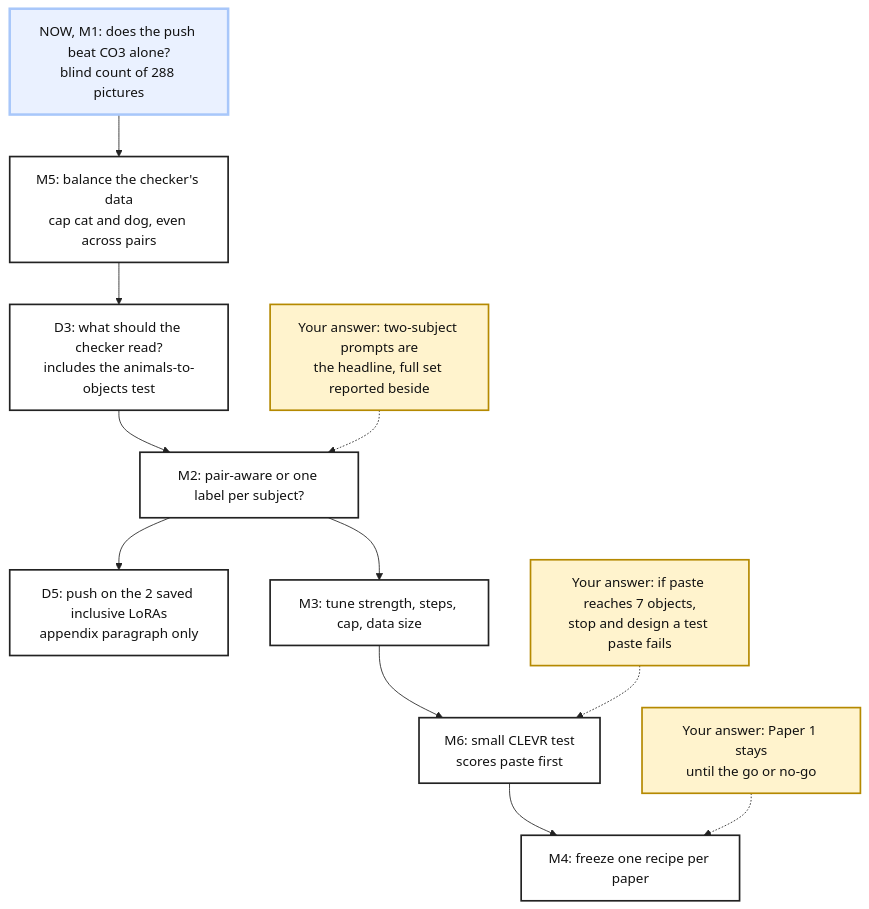
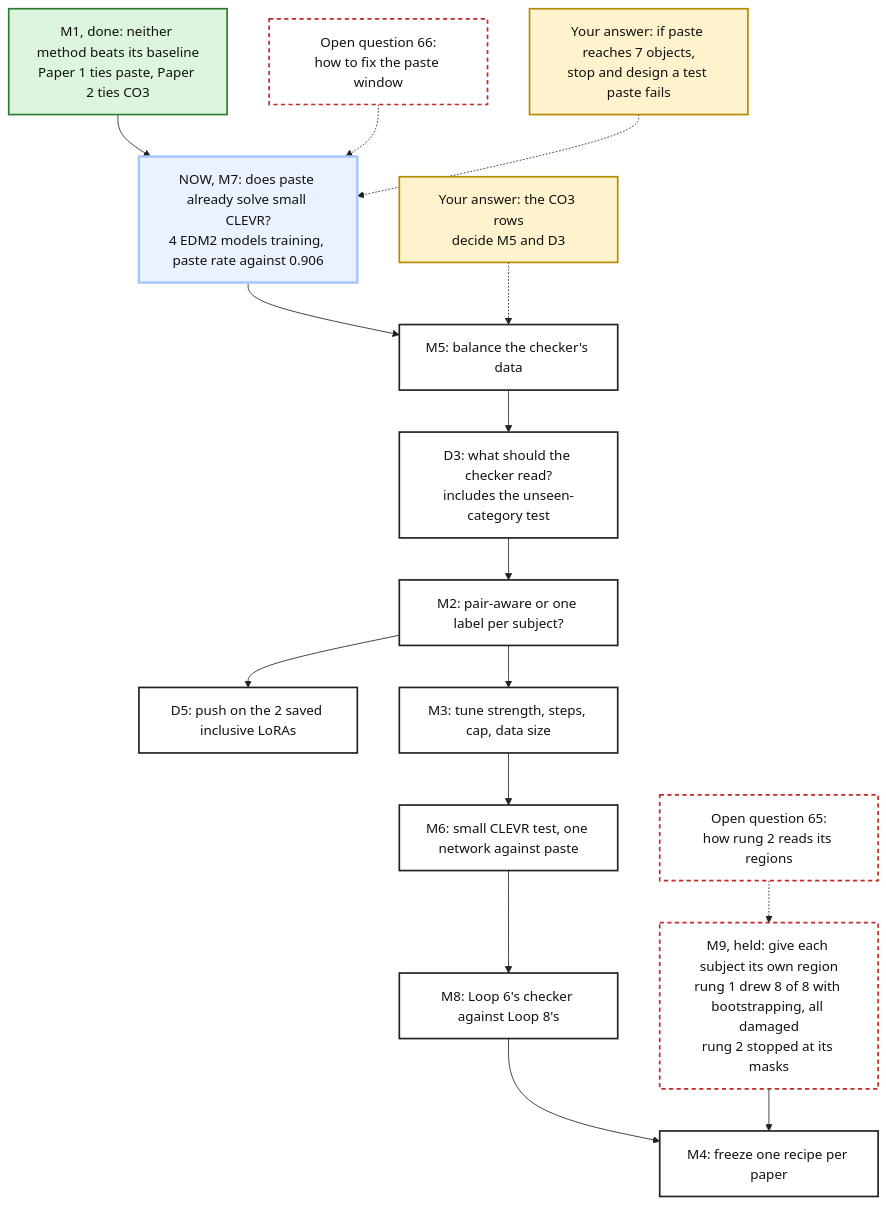
One commit to mo-rsa24/concept-composition changed the diagram in artifacts/notes/progress/method-search/loop-6-route.mmd. Above: the diagram before and after it, drawn with Mermaid. The commit also changed 3 other files, not shown here.

Commit message:
Loop 6 route: M1 done, M7 current, M8 and M9 drawn with the two open questions

```diff
--- a/artifacts/notes/progress/method-search/loop-6-route.mmd
+++ b/artifacts/notes/progress/method-search/loop-6-route.mmd
@@ -1,28 +1,38 @@
 %%{init: {'theme': 'base', 'themeVariables': {'fontFamily': 'monospace', 'primaryColor': '#ffffff', 'primaryBorderColor': '#222222', 'primaryTextColor': '#111111', 'lineColor': '#222222'}}}%%
 flowchart TB
   classDef plain fill:#ffffff,stroke:#222222,stroke-width:2px,color:#111111
+  classDef done fill:#dcf5dc,stroke:#2e7d32,stroke-width:2px,color:#111111
   classDef now fill:#eaf1ff,stroke:#a8c7fa,stroke-width:3px,color:#111111
+  classDef held fill:#ffffff,stroke:#c62828,stroke-width:2px,stroke-dasharray:5 4,color:#111111
   classDef settled fill:#fff3cd,stroke:#b58900,stroke-width:2px,color:#111111
 
-  M1["NOW, M1: does the push beat CO3 alone?<br/>blind count of 288 pictures"]
-  M5["M5: balance the checker's data<br/>cap cat and dog, even across pairs"]
-  D3["D3: what should the checker read?<br/>includes the animals-to-objects test"]
+  M1["M1, done: neither method beats its baseline<br/>Paper 1 ties paste, Paper 2 ties CO3"]
+  M7["NOW, M7: does paste already solve small CLEVR?<br/>4 EDM2 models training, paste rate against 0.906"]
+  M5["M5: balance the checker's data"]
+  D3["D3: what should the checker read?<br/>includes the unseen-category test"]
   M2["M2: pair-aware or one label per subject?"]
-  D5["D5: push on the 2 saved inclusive LoRAs<br/>appendix paragraph only"]
+  D5["D5: push on the 2 saved inclusive LoRAs"]
   M3["M3: tune strength, steps, cap, data size"]
-  M6["M6: small CLEVR test<br/>scores paste first"]
+  M6["M6: small CLEVR test, one network against paste"]
+  M8["M8: Loop 6's checker against Loop 8's"]
   M4["M4: freeze one recipe per paper"]
+  M9["M9, held: give each subject its own region<br/>rung 1 drew 8 of 8 with bootstrapping, all damaged<br/>rung 2 stopped at its masks"]
 
-  Q50["Your answer: two-subject prompts are<br/>the headline, full set reported beside"]
+  Q66["Open question 66:<br/>how to fix the paste window"]
+  Q65["Open question 65:<br/>how rung 2 reads its regions"]
+  Q57["Your answer: the CO3 rows<br/>decide M5 and D3"]
   Q54["Your answer: if paste reaches 7 objects,<br/>stop and design a test paste fails"]
-  Q52["Your answer: Paper 1 stays<br/>until the go or no-go"]
 
-  M1 --> M5 --> D3 --> M2 --> M3 --> M6 --> M4
+  M1 --> M7 --> M5 --> D3 --> M2 --> M3 --> M6 --> M8 --> M4
   M2 --> D5
-  Q50 -.-> M2
-  Q54 -.-> M6
-  Q52 -.-> M4
+  M9 --> M4
+  Q66 -.-> M7
+  Q65 -.-> M9
+  Q57 -.-> M5
+  Q54 -.-> M7
 
-  class M5,D3,M2,D5,M3,M6,M4 plain
-  class M1 now
-  class Q50,Q54,Q52 settled
+  class M5,D3,M2,D5,M3,M6,M8,M4 plain
+  class M1 done
+  class M7 now
+  class M9,Q66,Q65 held
+  class Q57,Q54 settled
```
